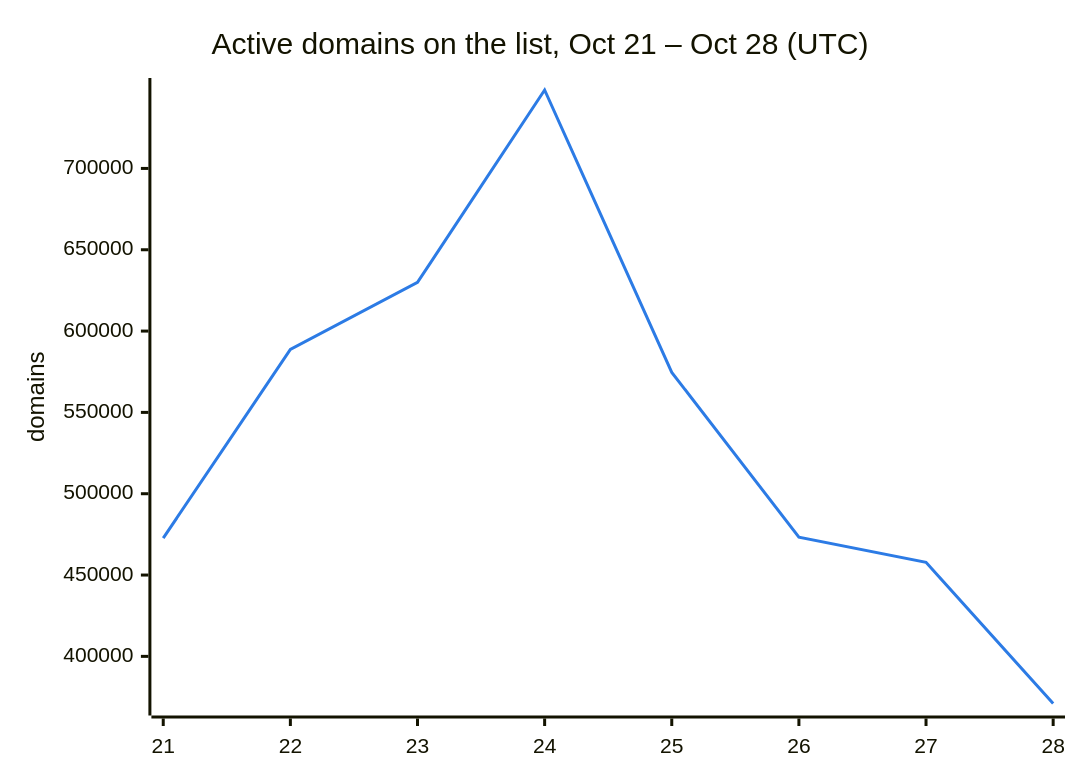
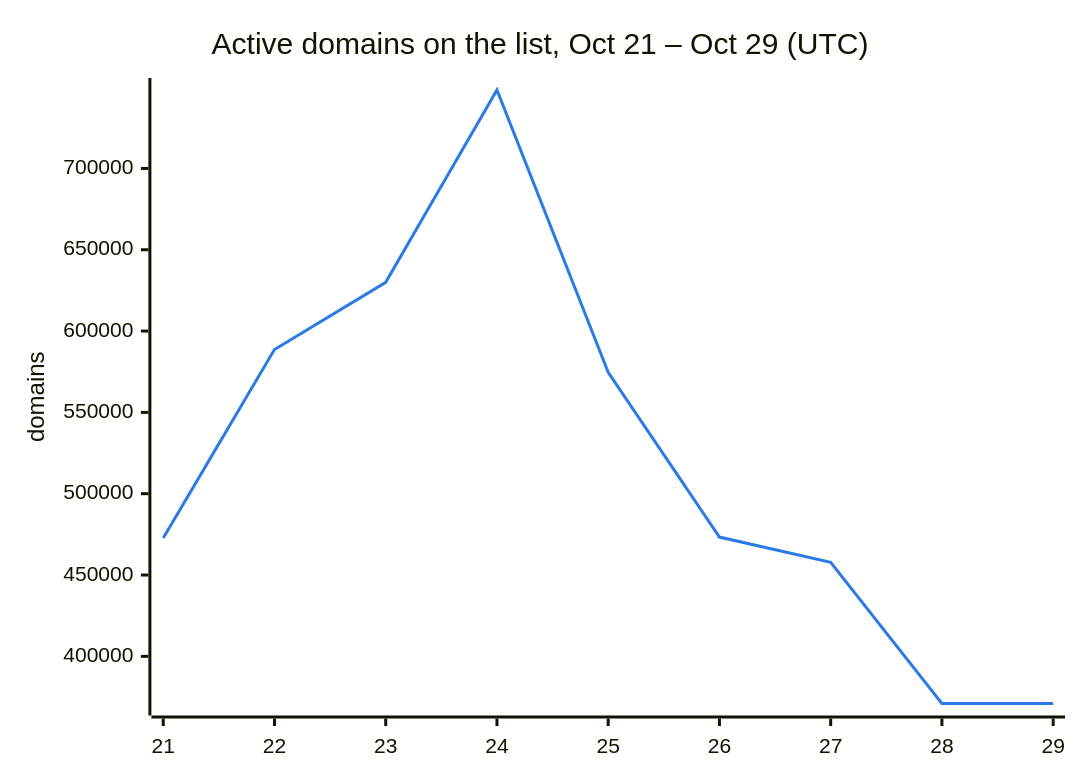
Before and after one commit to DNSBunker/CTI: the second of 3 diagrams in README.md, drawn with Mermaid. The commit also changed other lines of this file and 3 other files, not shown here.

First line of the commit message:
Update 2026-10-29 00:03 UTC: 371045 domains

````diff
--- a/README.md
+++ b/README.md
@@ -38,8 +38,8 @@
 ```mermaid
 %%{init: {"themeVariables": {"xyChart": {"plotColorPalette": "#2c7be5"}}}}%%
 xychart-beta
-    title "Active domains on the list, Oct 21 – Oct 28 (UTC)"
-    x-axis ["21", "22", "23", "24", "25", "26", "27", "28"]
+    title "Active domains on the list, Oct 21 – Oct 29 (UTC)"
+    x-axis ["21", "22", "23", "24", "25", "26", "27", "28", "29"]
     y-axis "domains"
-    line [472713, 588659, 629951, 748222, 574614, 473331, 457795, 371023]
+    line [472713, 588659, 629951, 748222, 574614, 473331, 457795, 371010, 371045]
 ```
````
